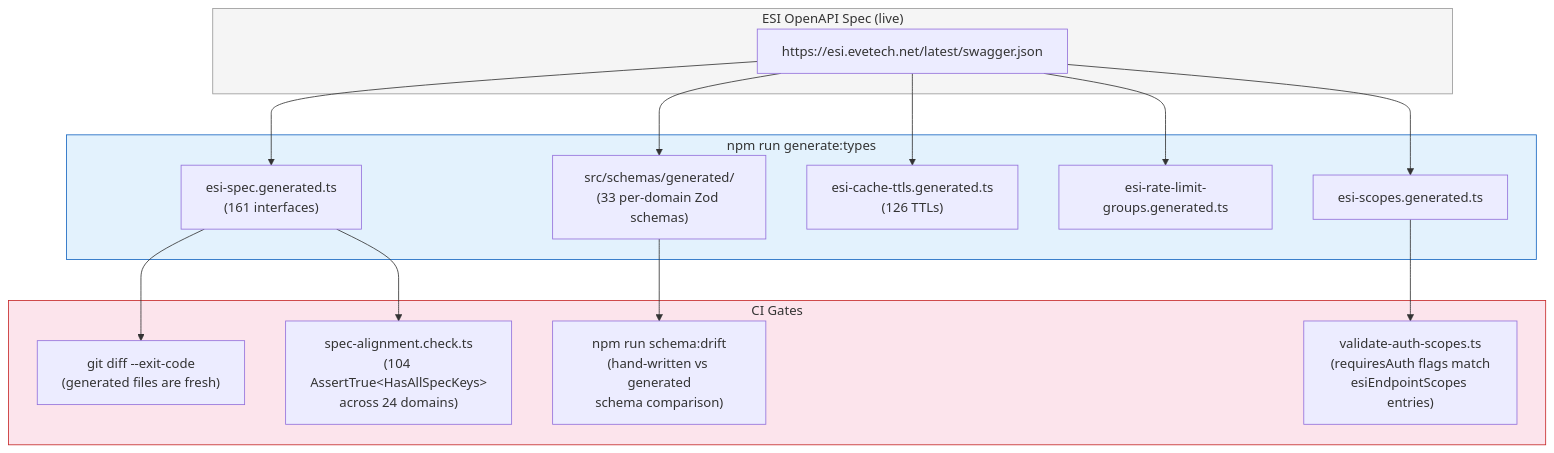
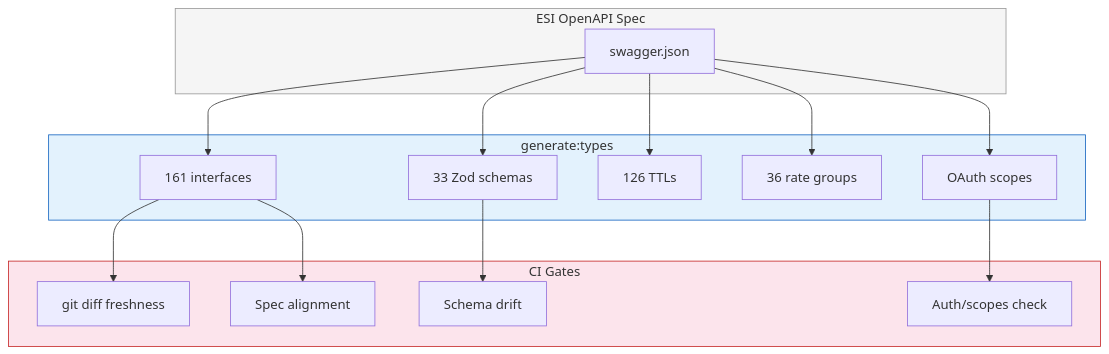
One commit to lgriffin/ESI.ts changed diagram 18 of 18 in guides/ARCHITECTURE.md. Above: the diagram before and after it, drawn with Mermaid. The commit also changed other lines of this file, not shown here.

First line of the commit message:
docs: fix sequence diagram rendering and enrich architecture prose

````diff
--- a/guides/ARCHITECTURE.md
+++ b/guides/ARCHITECTURE.md
@@ -1055,36 +979,31 @@
 ```mermaid
-graph TB
-    subgraph Source["ESI OpenAPI Spec (live)"]
-        Spec["https://esi.evetech.net/latest/swagger.json"]
+flowchart TB
+    subgraph Source ["ESI OpenAPI Spec"]
+        spec["swagger.json"]
     end
 
-    subgraph Generation["npm run generate:types"]
-        GenTypes["esi-spec.generated.ts<br/>(161 interfaces)"]
-        GenSchemas["src/schemas/generated/<br/>(33 per-domain Zod schemas)"]
-        GenTTLs["esi-cache-ttls.generated.ts<br/>(126 TTLs)"]
-        GenRateLimits["esi-rate-limit-groups.generated.ts"]
-        GenScopes["esi-scopes.generated.ts"]
+    subgraph Gen ["generate:types"]
+        types["161 interfaces"]
+        schemas["33 Zod schemas"]
+        ttls["126 TTLs"]
+        rates["36 rate groups"]
+        scopes["OAuth scopes"]
     end
 
-    subgraph Gates["CI Gates"]
-        FreshCheck["git diff --exit-code<br/>(generated files are fresh)"]
-        AuthValidation["validate-auth-scopes.ts<br/>(requiresAuth flags match<br/>esiEndpointScopes entries)"]
-        SpecAlign["spec-alignment.check.ts<br/>(104 AssertTrue&lt;HasAllSpecKeys&gt;<br/>across 24 domains)"]
-        SchemaDrift["npm run schema:drift<br/>(hand-written vs generated<br/>schema comparison)"]
+    subgraph Gates ["CI Gates"]
+        fresh["git diff freshness"]
+        auth["Auth/scopes check"]
+        align["Spec alignment"]
+        drift["Schema drift"]
     end
 
-    Spec --> GenTypes
-    Spec --> GenSchemas
-    Spec --> GenTTLs
-    Spec --> GenRateLimits
-    Spec --> GenScopes
-
-    GenTypes --> FreshCheck
-    GenScopes --> AuthValidation
-    GenTypes --> SpecAlign
-    GenSchemas --> SchemaDrift
+    spec --> types & schemas & ttls & rates & scopes
+    types --> fresh
+    scopes --> auth
+    types --> align
+    schemas --> drift
 
     style Source fill:#f5f5f5,stroke:#999
-    style Generation fill:#e3f2fd,stroke:#1565c0
+    style Gen fill:#e3f2fd,stroke:#1565c0
     style Gates fill:#fce4ec,stroke:#c62828
 ```
````
